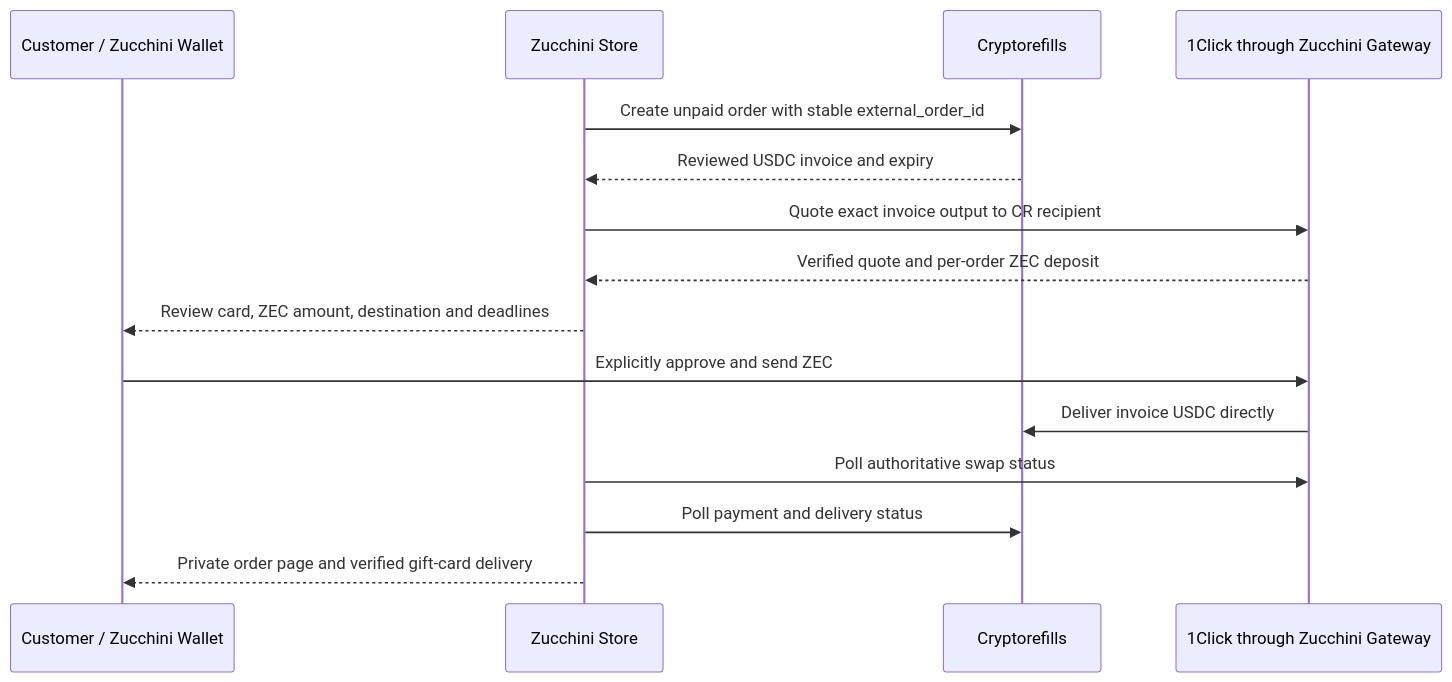
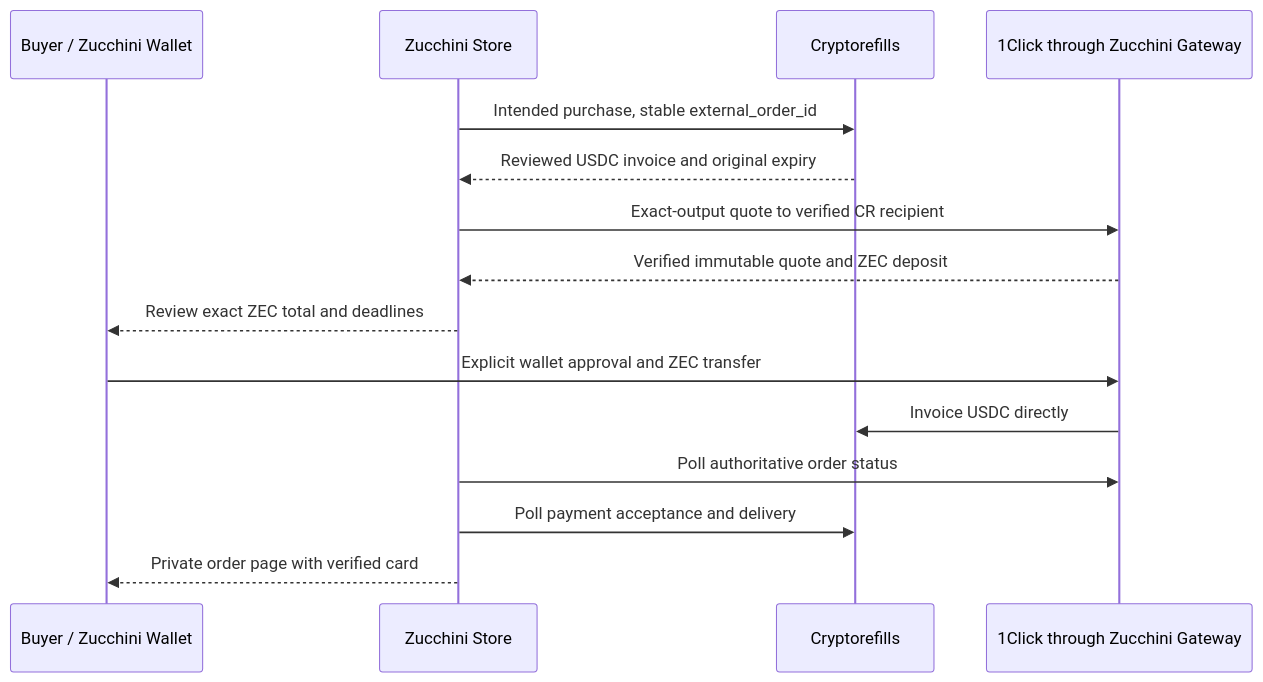
The diagram in docs/direct-payment.md (zucchini-wallet/store), drawn with Mermaid before and after one commit. The commit also changed other lines of this file and 38 other files, not shown here.

````diff
--- a/docs/direct-payment.md
+++ b/docs/direct-payment.md
@@ -19,17 +17,17 @@
 ```mermaid
 sequenceDiagram
-  participant Customer as Customer / Zucchini Wallet
+  participant Buyer as Buyer / Zucchini Wallet
   participant Store as Zucchini Store
   participant CR as Cryptorefills
   participant Swap as 1Click through Zucchini Gateway
-  Store->>CR: Create unpaid order with stable external_order_id
-  CR-->>Store: Reviewed USDC invoice and expiry
-  Store->>Swap: Quote exact invoice output to CR recipient
-  Swap-->>Store: Verified quote and per-order ZEC deposit
-  Store-->>Customer: Review card, ZEC amount, destination and deadlines
-  Customer->>Swap: Explicitly approve and send ZEC
-  Swap->>CR: Deliver invoice USDC directly
-  Store->>Swap: Poll authoritative swap status
-  Store->>CR: Poll payment and delivery status
-  Store-->>Customer: Private order page and verified gift-card delivery
+  Store->>CR: Intended purchase, stable external_order_id
+  CR-->>Store: Reviewed USDC invoice and original expiry
+  Store->>Swap: Exact-output quote to verified CR recipient
+  Swap-->>Store: Verified immutable quote and ZEC deposit
+  Store-->>Buyer: Review exact ZEC total and deadlines
+  Buyer->>Swap: Explicit wallet approval and ZEC transfer
+  Swap->>CR: Invoice USDC directly
+  Store->>Swap: Poll authoritative order status
+  Store->>CR: Poll payment acceptance and delivery
+  Store-->>Buyer: Private order page with verified card
 ```
````
